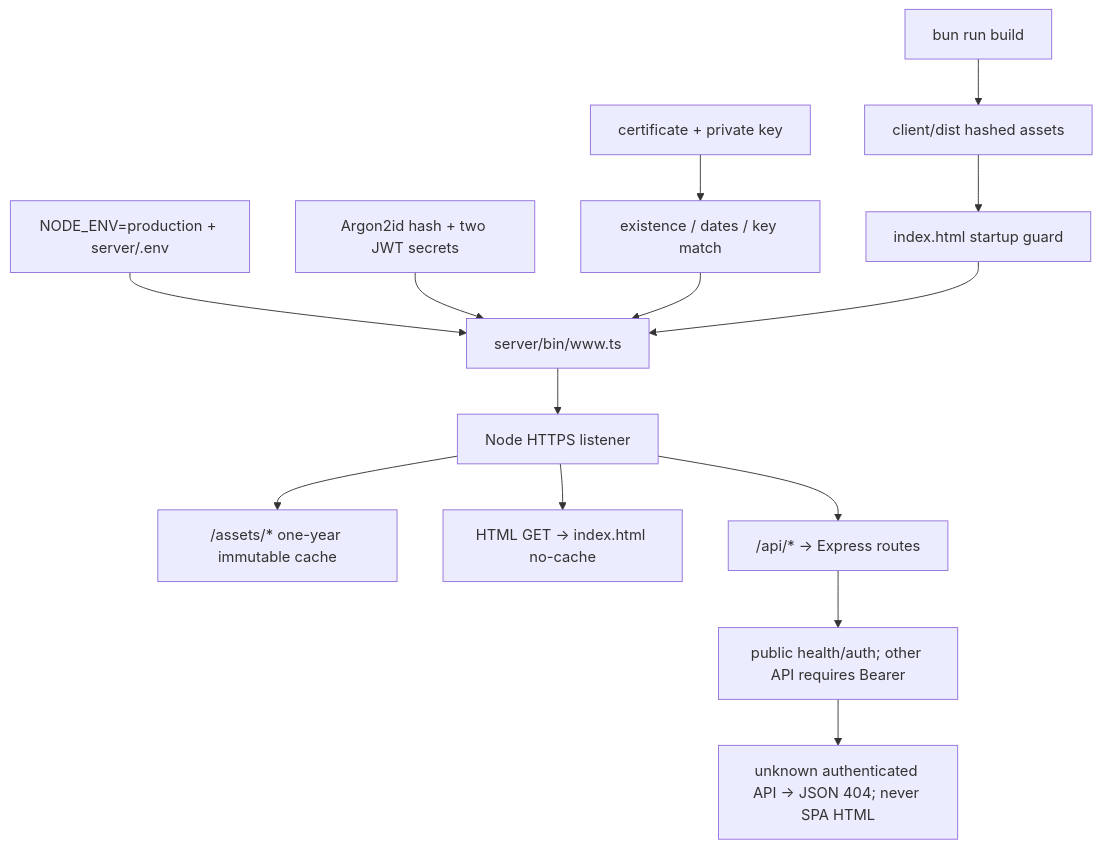
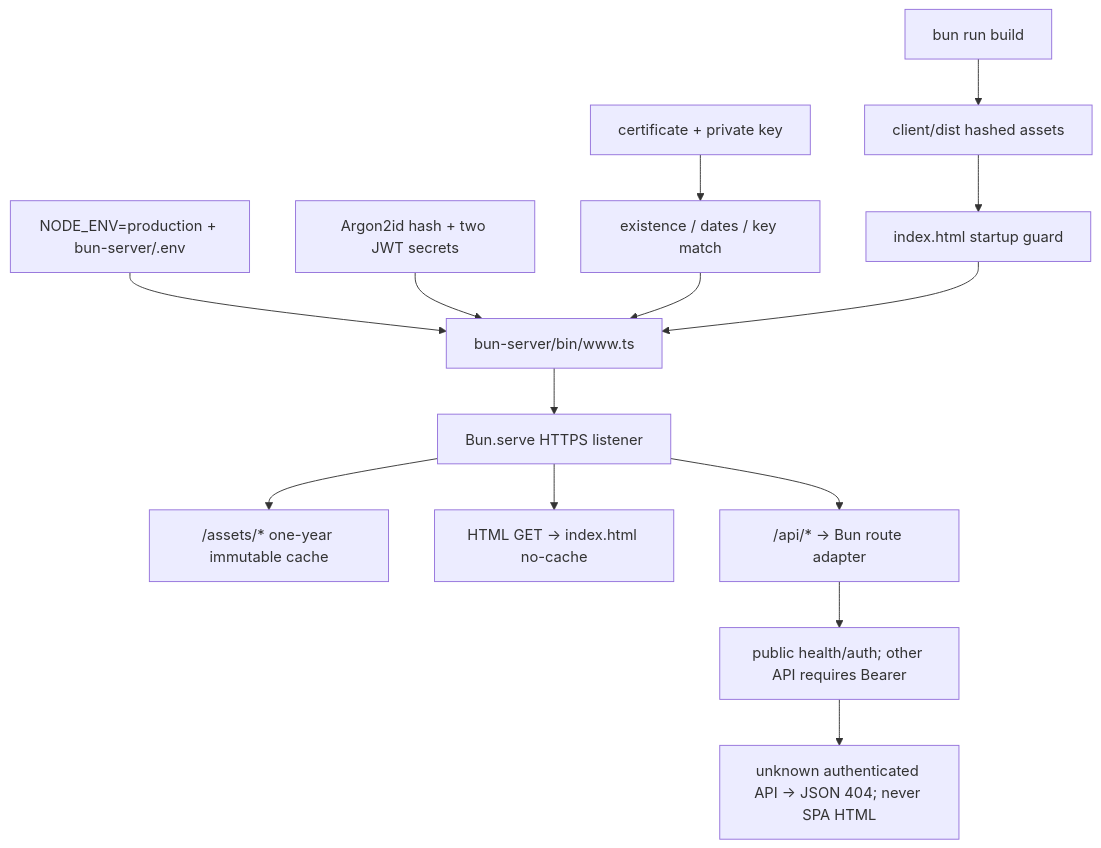
One commit to imingsmings/chatbot-dev changed the second of 9 diagrams in docs/architecture.md. Above: the diagram before and after it, drawn with Mermaid. The commit also changed other lines of this file and 158 other files, not shown here.

````diff
--- a/docs/architecture.md
+++ b/docs/architecture.md
@@ -151,15 +151,15 @@
 ```mermaid
 flowchart TD
   Build["bun run build"] --> Dist["client/dist hashed assets"]
-  Env["NODE_ENV=production + server/.env"] --> Boot["server/bin/www.ts"]
+  Env["NODE_ENV=production + bun-server/.env"] --> Boot["bun-server/bin/www.ts"]
   AuthConfig["Argon2id hash + two JWT secrets"] --> Boot
   Cert["certificate + private key"] --> Validate["existence / dates / key match"]
   Validate --> Boot
   Dist --> Guard["index.html startup guard"] --> Boot
-  Boot --> HTTPS["Node HTTPS listener"]
+  Boot --> HTTPS["Bun.serve HTTPS listener"]
   HTTPS --> Assets["/assets/* one-year immutable cache"]
   HTTPS --> Index["HTML GET -> index.html no-cache"]
-  HTTPS --> API["/api/* -> Express routes"]
+  HTTPS --> API["/api/* -> Bun route adapter"]
   API --> AuthGate["public health/auth; other API requires Bearer"]
   AuthGate --> Missing["unknown authenticated API -> JSON 404; never SPA HTML"]
 ```
````
